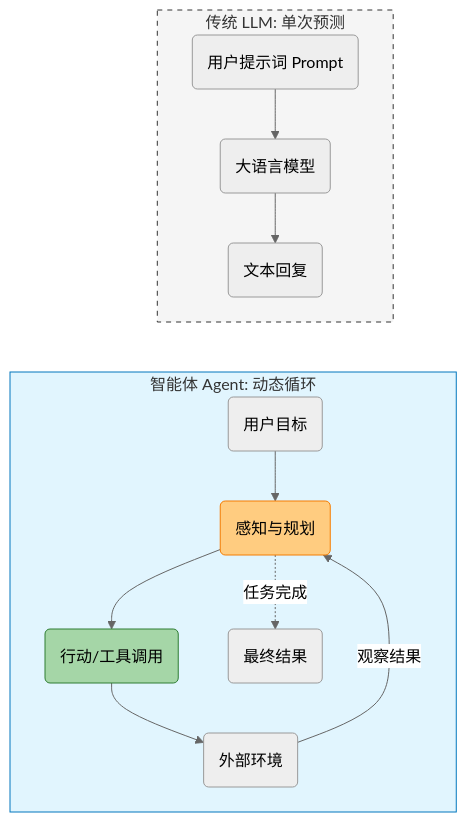
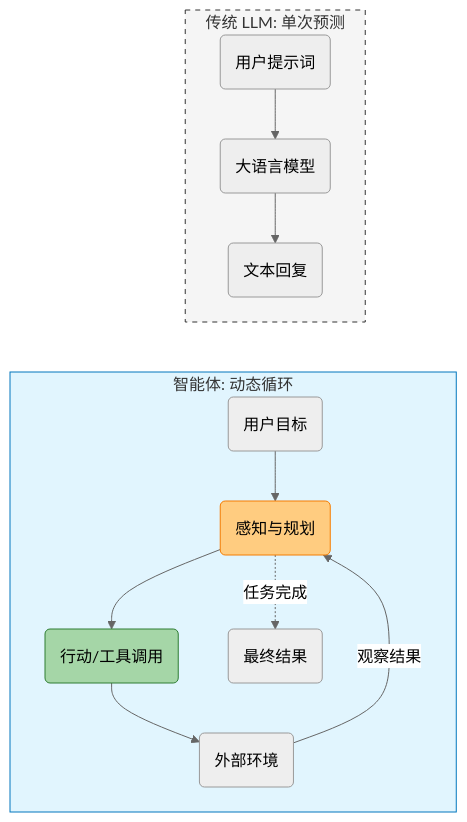
One commit to yeasy/agentic_ai_guide changed the diagram in 01_paradigm/1.1_shift.md. Above: the diagram before and after it, drawn with Mermaid (neutral theme). The commit also changed other lines of this file and 33 other files, not shown here.

````diff
--- a/01_paradigm/1.1_shift.md
+++ b/01_paradigm/1.1_shift.md
@@ -11,24 +11,24 @@
 ```mermaid
 graph TD
     subgraph Traditional_LLM [传统 LLM: 单次预测]
-        Input(用户提示词 Prompt) --> Model(大语言模型)
+        Input(用户提示词) --> Model(大语言模型)
         Model --> Output(文本回复)
     end
 
-    subgraph Agentic_AI [智能体 Agent: 动态循环]
+    subgraph Agentic_AI [智能体: 动态循环]
         Goal(用户目标) --> Plan(感知与规划)
         Plan --> Action(行动/工具调用)
         Action --> Env(外部环境)
         Env -- 观察结果 --> Plan
         Plan -. 任务完成 .-> Result(最终结果)
     end
 
     %% 样式美化
     style Traditional_LLM fill:#f5f5f5,stroke:#333,stroke-dasharray: 5 5
     style Agentic_AI fill:#e1f5fe,stroke:#0277bd
     style Plan fill:#ffcc80,stroke:#f57c00
     style Action fill:#a5d6a7,stroke:#2e7d32
 
     %% 强制布局：Traditional LLM (Output) 在上，Agentic AI (Goal) 在下
     Output ~~~ Goal
 ```
````
